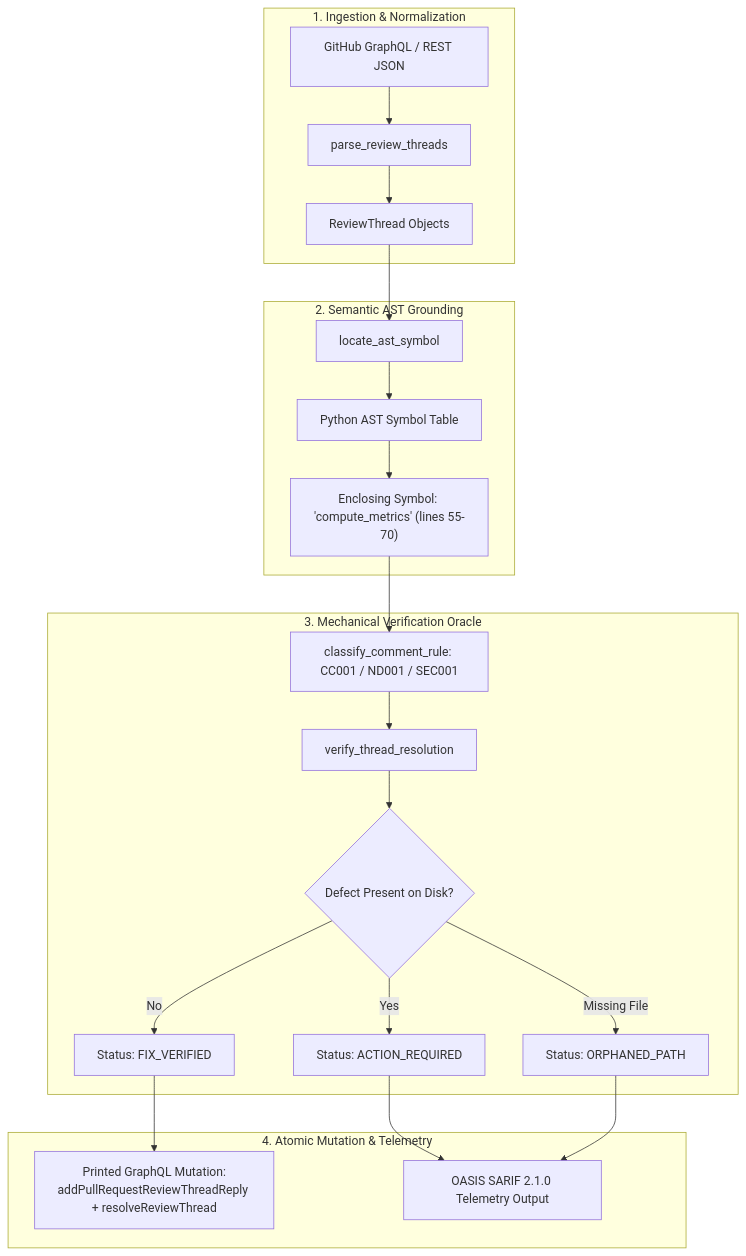
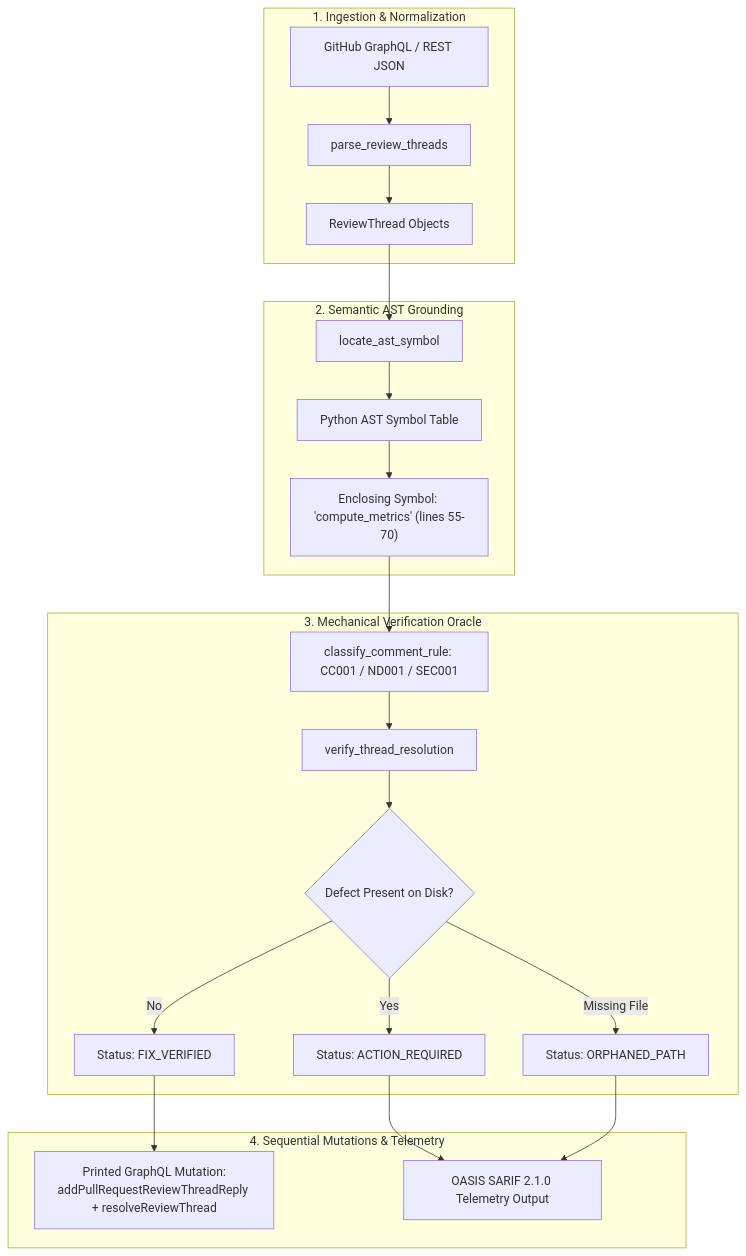
One commit to dan-petty/vibes changed the second of 2 diagrams in observations/systems/46-closed-loop-pr-review-thread-synchronization-and-atomic-resolution.md. Above: the diagram before and after it, drawn with Mermaid. The commit also changed other lines of this file and 6 other files, not shown here.

````diff
--- a/observations/systems/46-closed-loop-pr-review-thread-synchronization-and-atomic-resolution.md
+++ b/observations/systems/46-closed-loop-pr-review-thread-synchronization-and-atomic-resolution.md
@@ -73,28 +73,28 @@
 ```mermaid
 flowchart TD
     subgraph Ingestion["1. Ingestion & Normalization"]
         G[GitHub GraphQL / REST JSON] --> P[parse_review_threads]
         P --> RT[ReviewThread Objects]
     end
 
     subgraph Grounding["2. Semantic AST Grounding"]
         RT --> LOC[locate_ast_symbol]
         LOC --> AST[Python AST Symbol Table]
         AST --> SYM["Enclosing Symbol: 'compute_metrics' (lines 55-70)"]
     end
 
     subgraph Audit["3. Mechanical Verification Oracle"]
         SYM --> CLAS[classify_comment_rule: CC001 / ND001 / SEC001]
         CLAS --> VFY[verify_thread_resolution]
         VFY --> DEC{Defect Present on Disk?}
         DEC -->|No| VF[Status: FIX_VERIFIED]
         DEC -->|Yes| AR[Status: ACTION_REQUIRED]
         DEC -->|Missing File| OP[Status: ORPHANED_PATH]
     end
 
-    subgraph Resolution["4. Atomic Mutation & Telemetry"]
+    subgraph Resolution["4. Sequential Mutations & Telemetry"]
         VF --> GQL["Printed GraphQL Mutation:\naddPullRequestReviewThreadReply + resolveReviewThread"]
         AR --> SARIF["OASIS SARIF 2.1.0 Telemetry Output"]
         OP --> SARIF
     end
 ```
````
